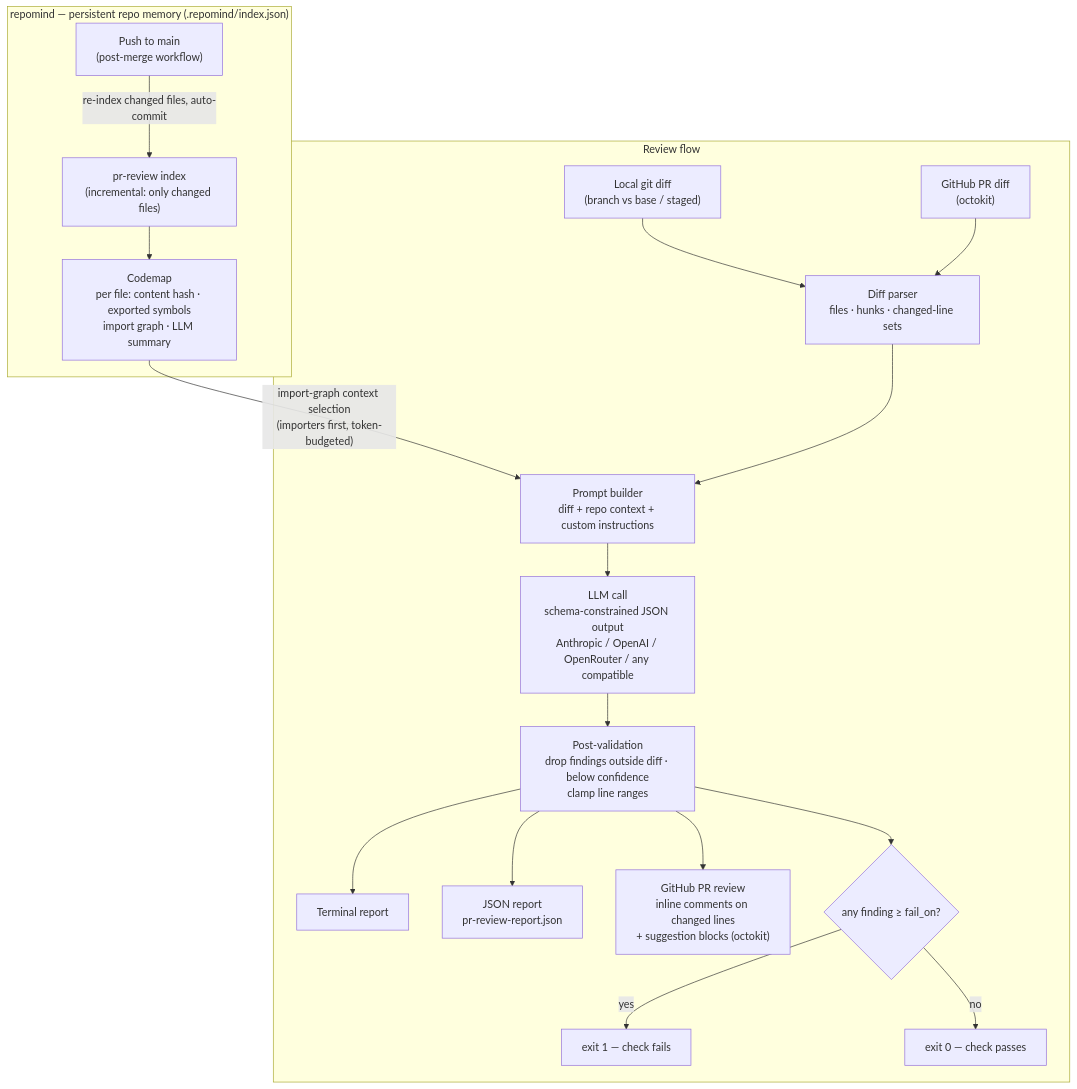
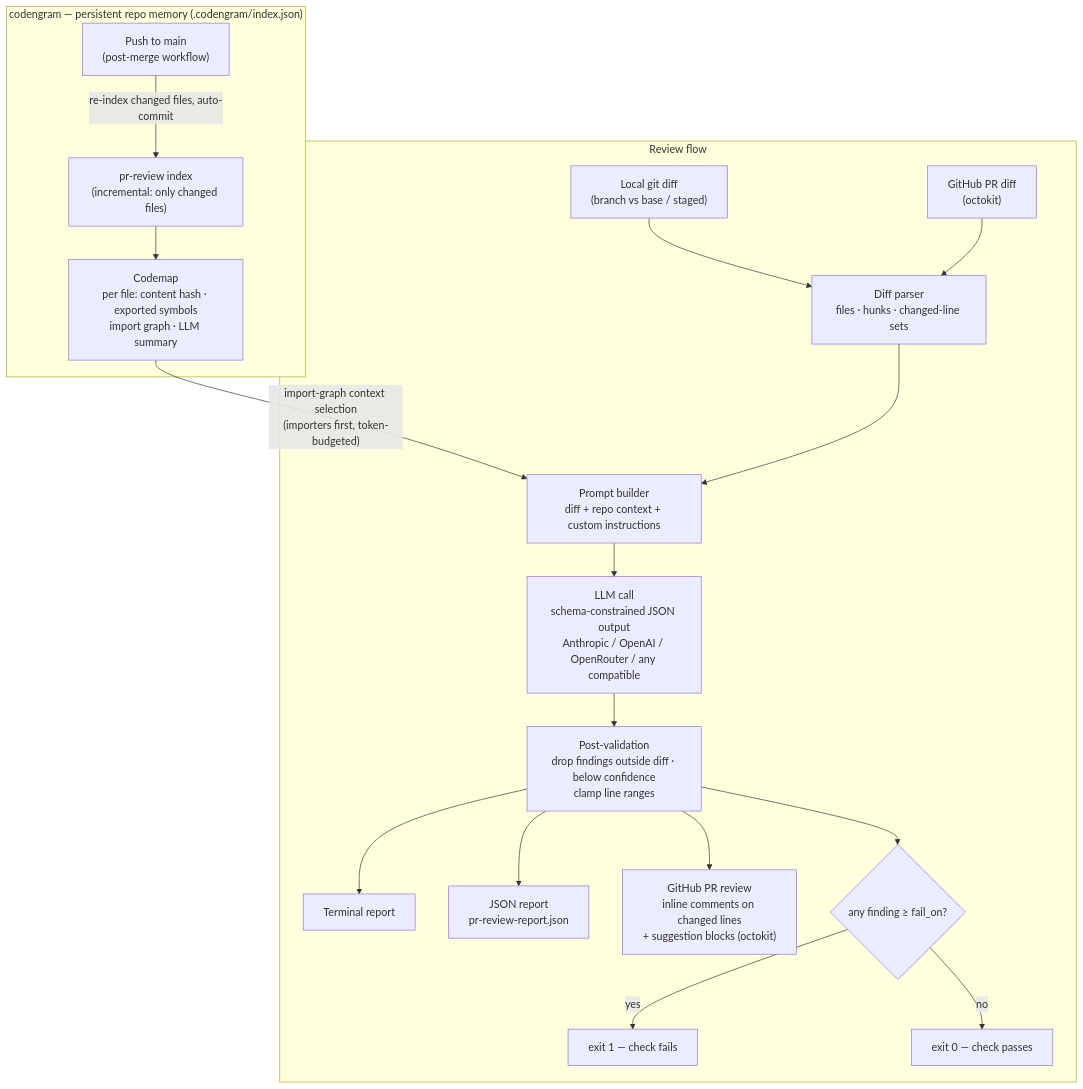
The diagram in README.md (rv-ranbir/ai-tools), drawn with Mermaid before and after one commit. The commit also changed other lines of this file and 113 other files, not shown here.

First line of the commit message:
chore: rename repomind/pr-review-agent to codengram/secondpair, prep public release

````diff
--- a/README.md
+++ b/README.md
@@ -21,22 +21,22 @@
 ```mermaid
 flowchart TD
-    subgraph memory["repomind — persistent repo memory (.repomind/index.json)"]
+    subgraph memory["codengram — persistent repo memory (.codengram/index.json)"]
         IDX["pr-review index\n(incremental: only changed files)"] --> MAP["Codemap\nper file: content hash · exported symbols\nimport graph · LLM summary"]
         MERGE["Push to main\n(post-merge workflow)"] -->|re-index changed files, auto-commit| IDX
     end
 
     subgraph review["Review flow"]
         D1["Local git diff\n(branch vs base / staged)"] --> P["Diff parser\nfiles · hunks · changed-line sets"]
         D2["GitHub PR diff\n(octokit)"] --> P
         MAP -->|"import-graph context selection\n(importers first, token-budgeted)"| PR["Prompt builder\ndiff + repo context + custom instructions"]
         P --> PR
         PR --> LLM["LLM call\nschema-constrained JSON output\nAnthropic / OpenAI / OpenRouter / any compatible"]
         LLM --> V["Post-validation\ndrop findings outside diff · below confidence\nclamp line ranges"]
         V --> R1["Terminal report"]
         V --> R2["JSON report\npr-review-report.json"]
         V --> R3["GitHub PR review\ninline comments on changed lines\n+ suggestion blocks (octokit)"]
         V --> GATE{"any finding ≥ fail_on?"}
         GATE -->|yes| FAIL["exit 1 — check fails"]
         GATE -->|no| PASS["exit 0 — check passes"]
     end
 ```
````
